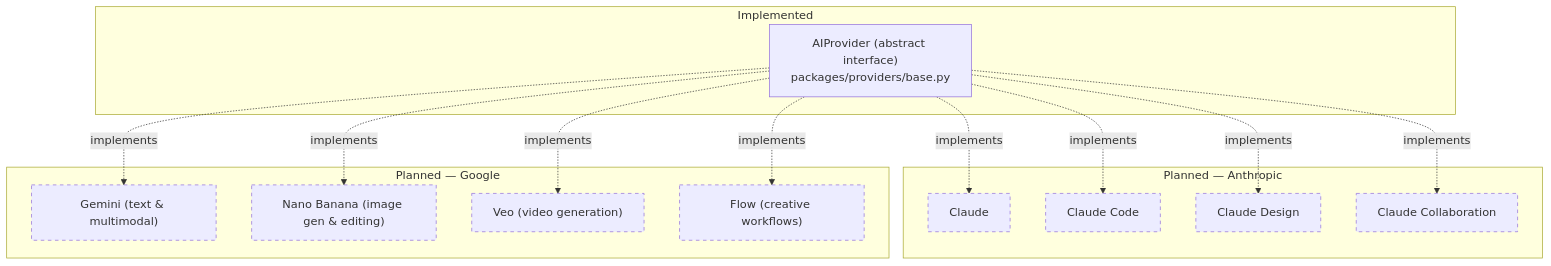
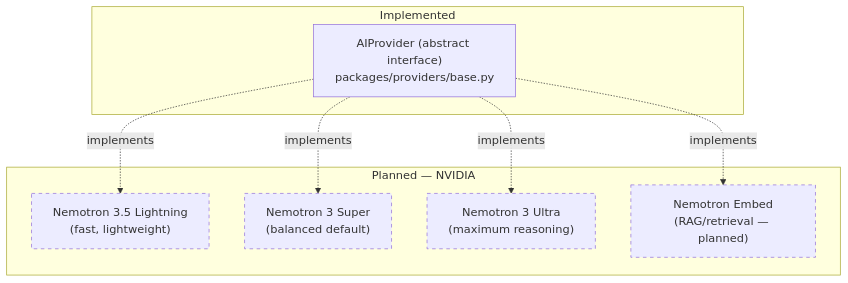
One commit to rg61590-afk/deRek-ai-os changed the first of 2 diagrams in README.md. Above: the diagram before and after it, drawn with Mermaid. The commit also changed other lines of this file and 29 other files, not shown here.

````diff
--- a/README.md
+++ b/README.md
@@ -148,32 +142,21 @@
 ```mermaid
 flowchart TB
     subgraph Interface["Implemented"]
         AIProvider["AIProvider (abstract interface)\npackages/providers/base.py"]
     end
 
-    subgraph Anthropic["Planned — Anthropic"]
-        Claude["Claude"]
-        ClaudeCode["Claude Code"]
-        ClaudeDesign["Claude Design"]
-        ClaudeCollab["Claude Collaboration"]
+    subgraph NVIDIA["Planned — NVIDIA"]
+        Lightning["Nemotron 3.5 Lightning\n(fast, lightweight)"]
+        Super["Nemotron 3 Super\n(balanced default)"]
+        Ultra["Nemotron 3 Ultra\n(maximum reasoning)"]
+        Embed["Nemotron Embed\n(RAG/retrieval — planned)"]
     end
 
-    subgraph Google["Planned — Google"]
-        Gemini["Gemini (text & multimodal)"]
-        NanoBanana["Nano Banana (image gen & editing)"]
-        Veo["Veo (video generation)"]
-        Flow["Flow (creative workflows)"]
-    end
-
-    AIProvider -.implements.-> Claude
-    AIProvider -.implements.-> ClaudeCode
-    AIProvider -.implements.-> ClaudeDesign
-    AIProvider -.implements.-> ClaudeCollab
-    AIProvider -.implements.-> Gemini
-    AIProvider -.implements.-> NanoBanana
-    AIProvider -.implements.-> Veo
-    AIProvider -.implements.-> Flow
+    AIProvider -.implements.-> Lightning
+    AIProvider -.implements.-> Super
+    AIProvider -.implements.-> Ultra
+    AIProvider -.implements.-> Embed
 
     classDef planned stroke-dasharray: 5 5;
-    class Claude,ClaudeCode,ClaudeDesign,ClaudeCollab,Gemini,NanoBanana,Veo,Flow planned;
+    class Lightning,Super,Ultra,Embed planned;
 ```
````
